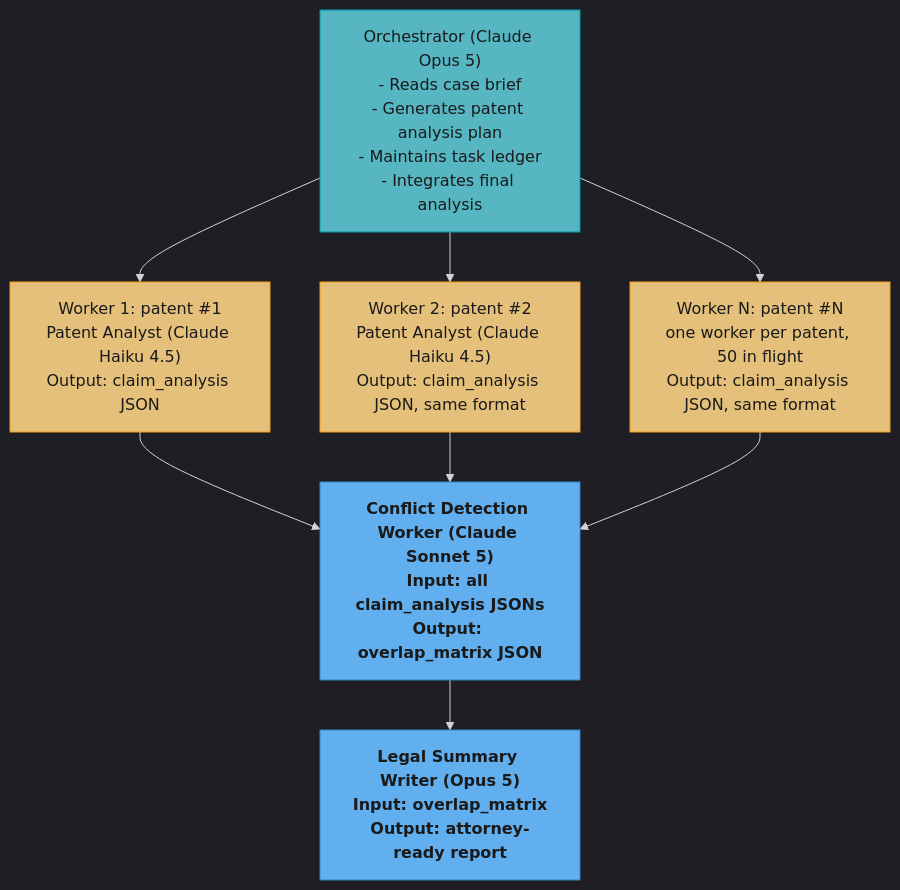
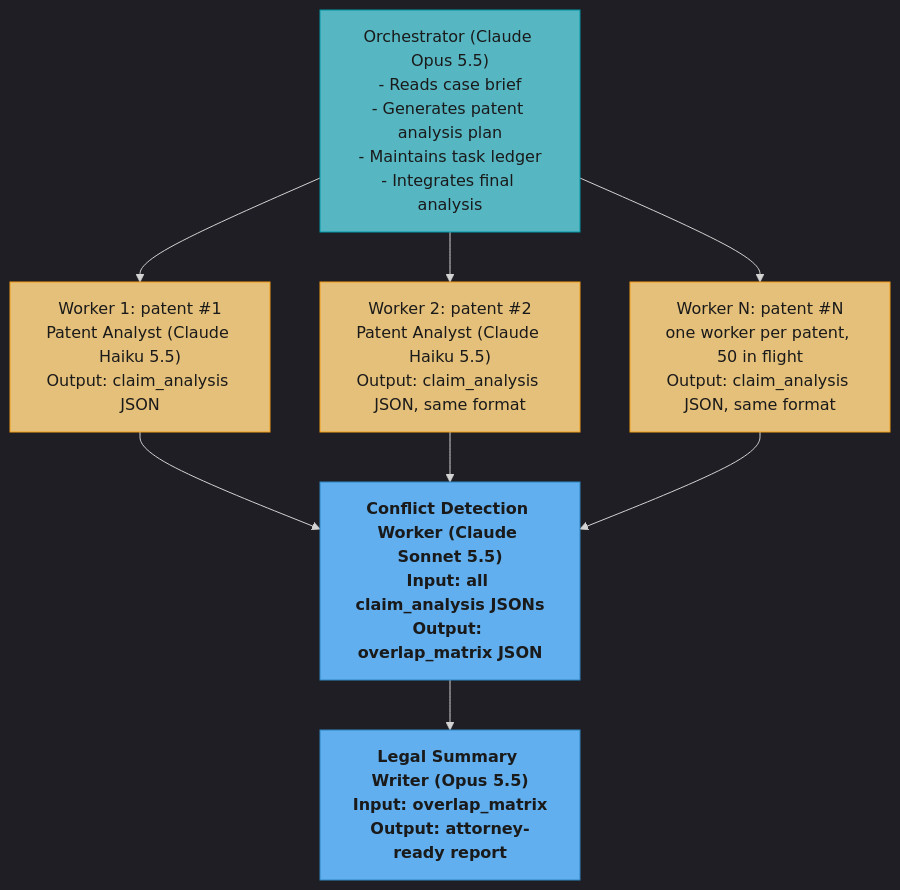
Before and after one commit to rppol/system-design: the fifth of 5 diagrams in src/main/java/com/rutik/systemdesign/llm/multi_agent_systems/orchestrator_worker_pattern.md, drawn with Mermaid. The commit also changed other lines of this file and 655 other files, not shown here.

````diff
--- a/src/main/java/com/rutik/systemdesign/llm/multi_agent_systems/orchestrator_worker_pattern.md
+++ b/src/main/java/com/rutik/systemdesign/llm/multi_agent_systems/orchestrator_worker_pattern.md
@@ -767,18 +765,18 @@
 ```mermaid
 %%{init: {'flowchart': {'curve': 'basis'}, 'theme': 'dark'}}%%
 flowchart TD
     classDef io      fill:#61afef,stroke:#2e86c1,color:#1a1a1a,font-weight:bold
     classDef req     fill:#56b6c2,stroke:#0097a7,color:#1a1a1a
     classDef base    fill:#e5c07b,stroke:#f39c12,color:#1a1a1a
 
-    Orch["Orchestrator (Claude Opus 5)<br/>- Reads case brief<br/>- Generates patent analysis plan<br/>- Maintains task ledger<br/>- Integrates final analysis"] --> B1 & B2 & B3
-    B1["Worker 1: patent #1<br/>Patent Analyst (Claude Haiku 4.5)<br/>Output: claim_analysis JSON"] --> Conflict
-    B2["Worker 2: patent #2<br/>Patent Analyst (Claude Haiku 4.5)<br/>Output: claim_analysis JSON, same format"] --> Conflict
+    Orch["Orchestrator (Claude Opus 5.5)<br/>- Reads case brief<br/>- Generates patent analysis plan<br/>- Maintains task ledger<br/>- Integrates final analysis"] --> B1 & B2 & B3
+    B1["Worker 1: patent #1<br/>Patent Analyst (Claude Haiku 5.5)<br/>Output: claim_analysis JSON"] --> Conflict
+    B2["Worker 2: patent #2<br/>Patent Analyst (Claude Haiku 5.5)<br/>Output: claim_analysis JSON, same format"] --> Conflict
     B3["Worker N: patent #N<br/>one worker per patent, 50 in flight<br/>Output: claim_analysis JSON, same format"] --> Conflict
-    Conflict["Conflict Detection Worker (Claude Sonnet 5)<br/>Input: all claim_analysis JSONs<br/>Output: overlap_matrix JSON"] --> Summary
-    Summary["Legal Summary Writer (Opus 5)<br/>Input: overlap_matrix<br/>Output: attorney-ready report"]
+    Conflict["Conflict Detection Worker (Claude Sonnet 5.5)<br/>Input: all claim_analysis JSONs<br/>Output: overlap_matrix JSON"] --> Summary
+    Summary["Legal Summary Writer (Opus 5.5)<br/>Input: overlap_matrix<br/>Output: attorney-ready report"]
 
     class Orch req
     class B1,B2,B3 base
     class Conflict,Summary io
 ```
````
